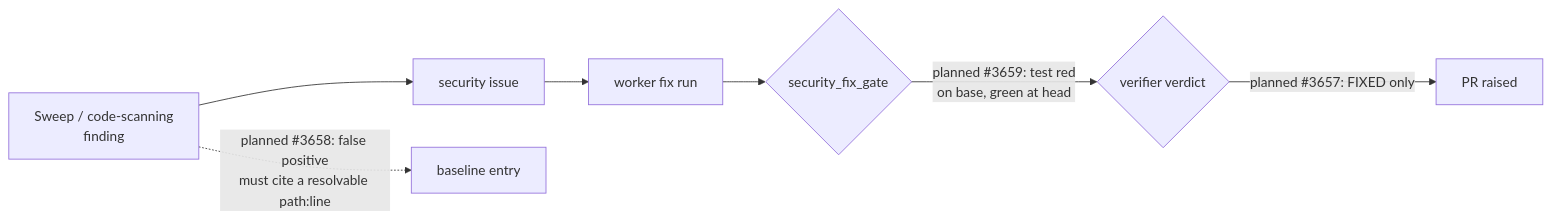
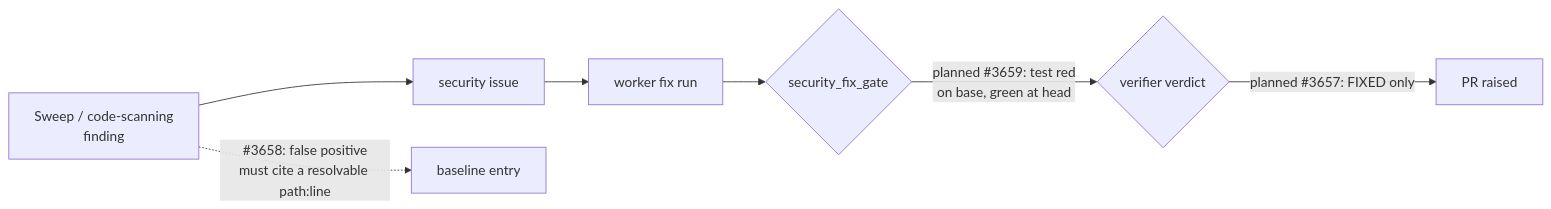
Before and after one commit to stSoftwareAU/VibeCoder: the diagram in docs/security/vulnhunter-methodology-evaluation.md, drawn with Mermaid. The commit also changed other lines of this file and 4 other files, not shown here.

````diff
--- a/docs/security/vulnhunter-methodology-evaluation.md
+++ b/docs/security/vulnhunter-methodology-evaluation.md
@@ -58,9 +61,9 @@
 ```mermaid
 flowchart LR
     S[Sweep / code-scanning<br/>finding] --> I[security issue]
     I --> W[worker fix run]
     W --> G{security_fix_gate}
     G -->|"planned #3659: test red<br/>on base, green at head"| G2{verifier verdict}
     G2 -->|"planned #3657: FIXED only"| PR[PR raised]
-    S -.->|"planned #3658: false positive<br/>must cite a resolvable path:line"| B[baseline entry]
+    S -.->|"#3658: false positive<br/>must cite a resolvable path:line"| B[baseline entry]
 ```
````
